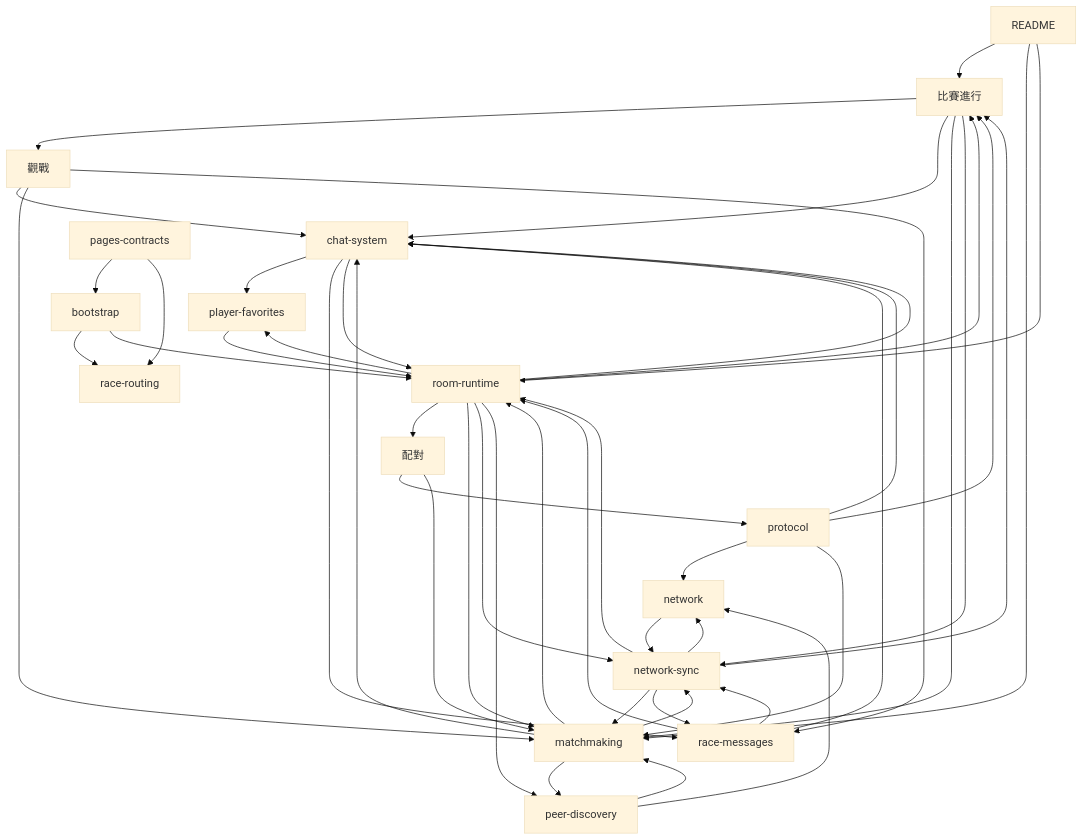
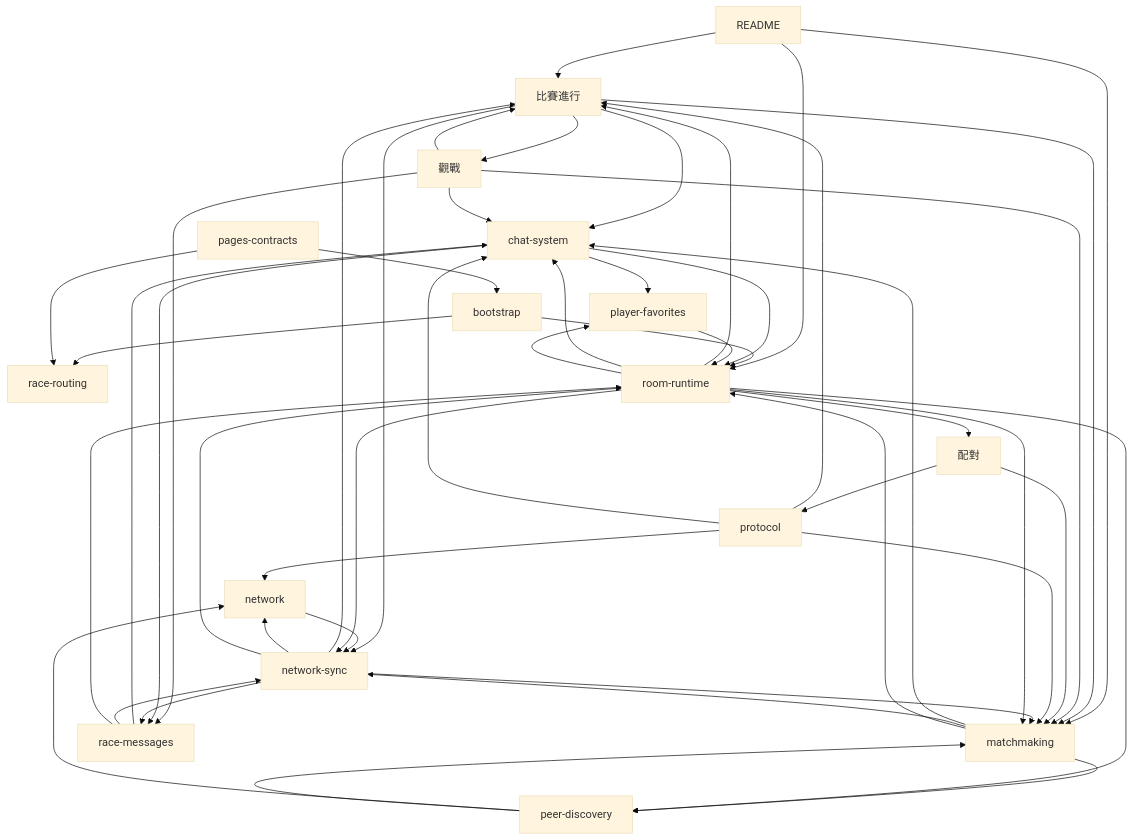
Before and after one commit to xjustloveux/open-4wd-specs: the eighth of 17 diagrams in docs-map.md, drawn with Mermaid (base theme). The commit also changed other lines of this file and 54 other files, not shown here.

````diff
--- a/docs-map.md
+++ b/docs-map.md
@@ -409,65 +409,66 @@
 ```mermaid
 flowchart TB
   n0["README"]
   n1["比賽進行"]
   n2["觀戰"]
   n3["配對"]
   n4["network"]
   n5["protocol"]
   n6["bootstrap"]
   n7["chat-system"]
   n8["matchmaking"]
   n9["network-sync"]
   n10["pages-contracts"]
   n11["peer-discovery"]
   n12["player-favorites"]
   n13["race-messages"]
   n14["race-routing"]
   n15["room-runtime"]
   n0 --> n1
   n0 --> n8
   n0 --> n15
   n1 --> n2
   n1 --> n7
   n1 --> n8
   n1 --> n9
+  n2 --> n1
   n2 --> n7
   n2 --> n8
   n2 --> n13
   n3 --> n5
   n3 --> n8
   n4 --> n9
   n5 --> n1
   n5 --> n4
   n5 --> n7
   n5 --> n8
   n6 --> n14
   n6 --> n15
   n7 --> n12
   n7 --> n13
   n7 --> n15
   n8 --> n7
   n8 --> n9
   n8 --> n11
   n8 --> n15
   n9 --> n1
   n9 --> n4
   n9 --> n8
   n9 --> n13
   n9 --> n15
   n10 --> n6
   n10 --> n14
   n11 --> n4
   n11 --> n8
   n12 --> n15
   n13 --> n7
   n13 --> n9
   n13 --> n15
   n15 --> n1
   n15 --> n3
   n15 --> n7
   n15 --> n8
   n15 --> n9
   n15 --> n11
   n15 --> n12
 ```
````
